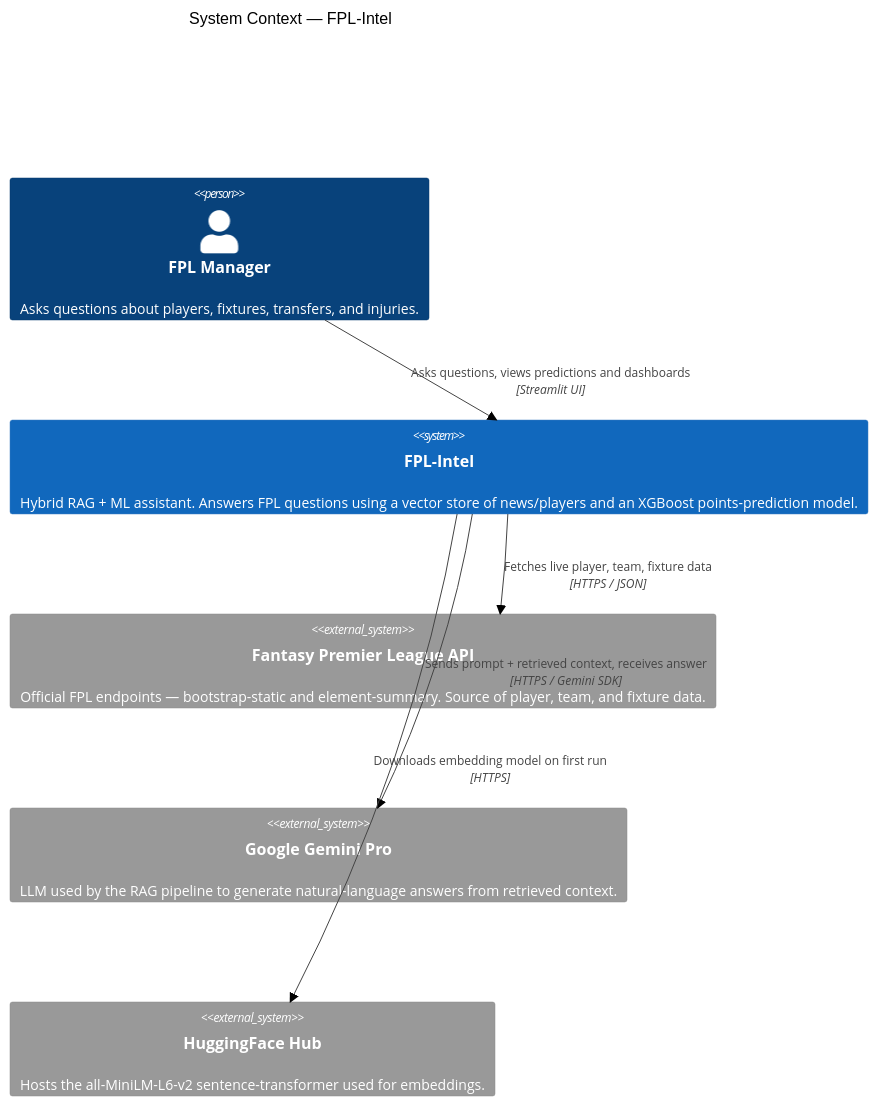
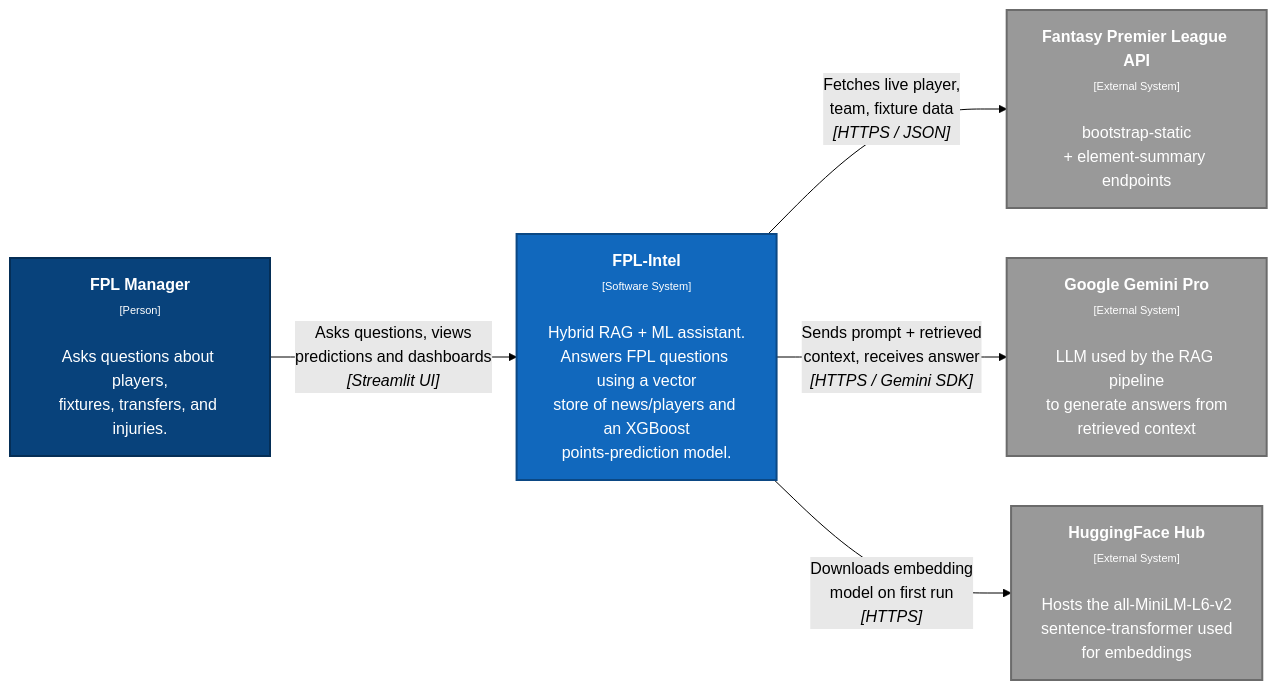
Before and after one commit to HusseinElhaddad/fpl-intel: the diagram in docs/architecture/c4-context.md, drawn with Mermaid (forest theme). The commit also changed 5 other files, not shown here.

First line of the commit message:
Fix C4 diagrams: replace mermaid C4 syntax with flowcharts

````diff
--- a/docs/architecture/c4-context.md
+++ b/docs/architecture/c4-context.md
@@ -5,19 +5,19 @@
 ```mermaid
-C4Context
-    title System Context — FPL-Intel
+flowchart LR
+    user["<b>FPL Manager</b><br/><span style='font-size:11px'>[Person]</span><br/><br/>Asks questions about players,<br/>fixtures, transfers, and injuries."]:::person
 
-    Person(user, "FPL Manager", "Asks questions about players, fixtures, transfers, and injuries.")
+    fplIntel["<b>FPL-Intel</b><br/><span style='font-size:11px'>[Software System]</span><br/><br/>Hybrid RAG + ML assistant.<br/>Answers FPL questions using a vector<br/>store of news/players and an XGBoost<br/>points-prediction model."]:::system
 
-    System(fplIntel, "FPL-Intel", "Hybrid RAG + ML assistant. Answers FPL questions using a vector store of news/players and an XGBoost points-prediction model.")
+    fplApi["<b>Fantasy Premier League API</b><br/><span style='font-size:11px'>[External System]</span><br/><br/>bootstrap-static<br/>+ element-summary endpoints"]:::external
+    gemini["<b>Google Gemini Pro</b><br/><span style='font-size:11px'>[External System]</span><br/><br/>LLM used by the RAG pipeline<br/>to generate answers from<br/>retrieved context"]:::external
+    hf["<b>HuggingFace Hub</b><br/><span style='font-size:11px'>[External System]</span><br/><br/>Hosts the all-MiniLM-L6-v2<br/>sentence-transformer used<br/>for embeddings"]:::external
 
-    System_Ext(fplApi, "Fantasy Premier League API", "Official FPL endpoints — bootstrap-static and element-summary. Source of player, team, and fixture data.")
-    System_Ext(gemini, "Google Gemini Pro", "LLM used by the RAG pipeline to generate natural-language answers from retrieved context.")
-    System_Ext(hf, "HuggingFace Hub", "Hosts the all-MiniLM-L6-v2 sentence-transformer used for embeddings.")
+    user -->|"Asks questions, views<br/>predictions and dashboards<br/><i>[Streamlit UI]</i>"| fplIntel
+    fplIntel -->|"Fetches live player,<br/>team, fixture data<br/><i>[HTTPS / JSON]</i>"| fplApi
+    fplIntel -->|"Sends prompt + retrieved<br/>context, receives answer<br/><i>[HTTPS / Gemini SDK]</i>"| gemini
+    fplIntel -->|"Downloads embedding<br/>model on first run<br/><i>[HTTPS]</i>"| hf
 
-    Rel(user, fplIntel, "Asks questions, views predictions and dashboards", "Streamlit UI")
-    Rel(fplIntel, fplApi, "Fetches live player, team, fixture data", "HTTPS / JSON")
-    Rel(fplIntel, gemini, "Sends prompt + retrieved context, receives answer", "HTTPS / Gemini SDK")
-    Rel(fplIntel, hf, "Downloads embedding model on first run", "HTTPS")
-
-    UpdateLayoutConfig($c4ShapeInRow="3", $c4BoundaryInRow="1")
+    classDef person fill:#08427b,stroke:#052e56,stroke-width:2px,color:#ffffff
+    classDef system fill:#1168bd,stroke:#0b4884,stroke-width:2px,color:#ffffff
+    classDef external fill:#999999,stroke:#6b6b6b,stroke-width:2px,color:#ffffff
 ```
````
